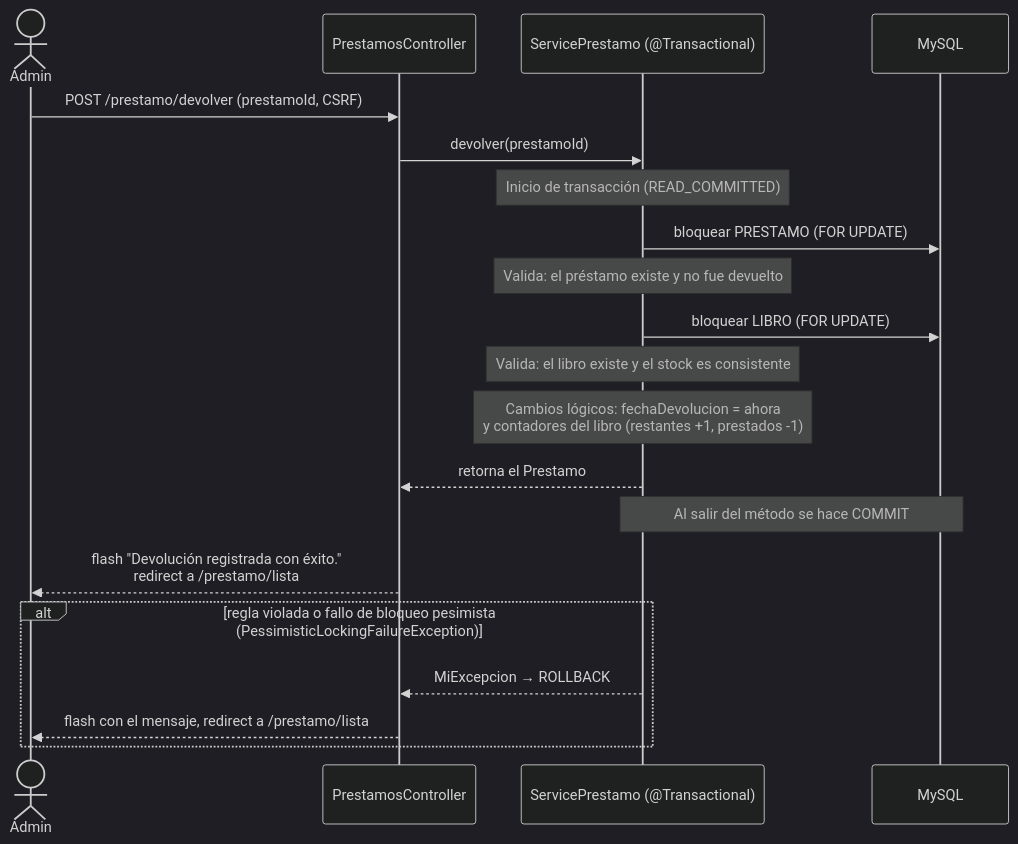
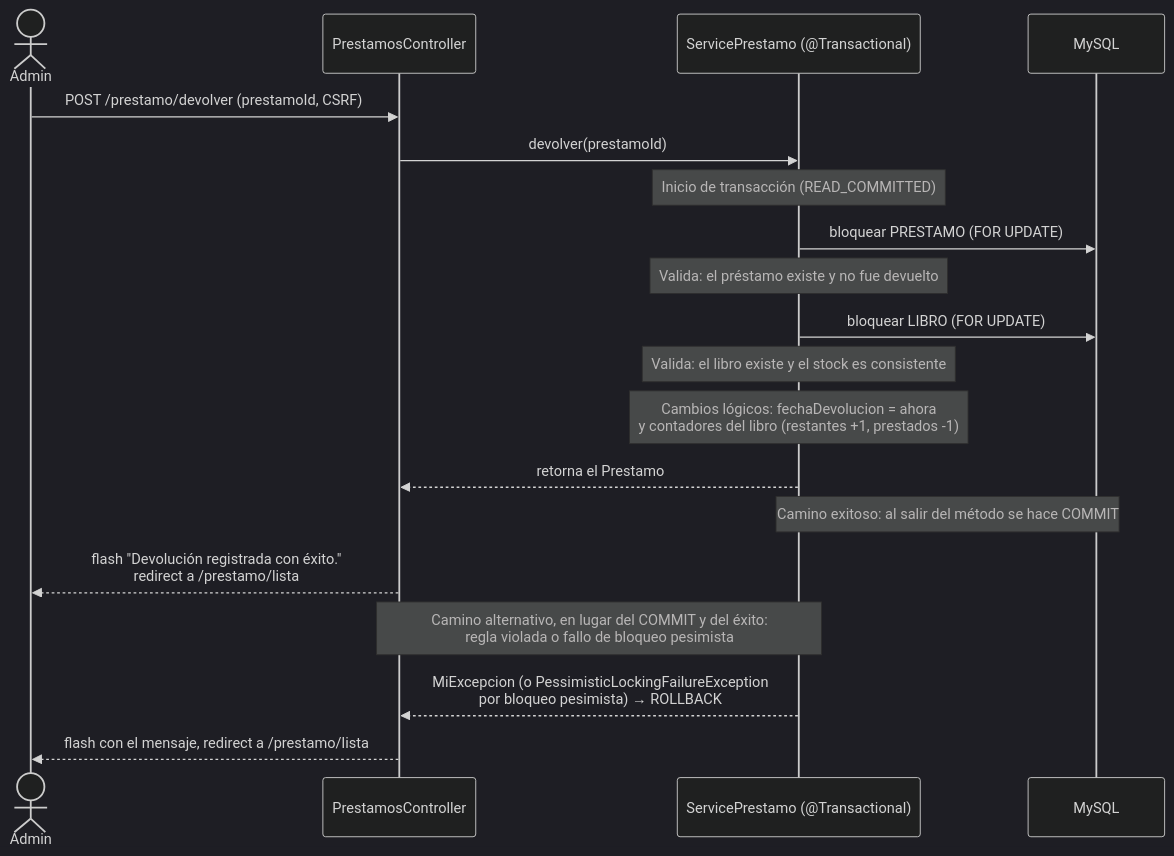
One commit to lautaropavez/el-ceibo changed the fourth of 5 diagrams in docs/diagramas.md. Above: the diagram before and after it, drawn with Mermaid (dark theme). The commit also changed other lines of this file and 15 other files, not shown here.

````diff
--- a/docs/diagramas.md
+++ b/docs/diagramas.md
@@ -136,23 +136,22 @@
 ```mermaid
 sequenceDiagram
     actor A as Admin
     participant C as PrestamosController
     participant S as ServicePrestamo (@Transactional)
     participant DB as MySQL
 
     A->>C: POST /prestamo/devolver (prestamoId, CSRF)
     C->>S: devolver(prestamoId)
     Note over S: Inicio de transacción (READ_COMMITTED)
     S->>DB: bloquear PRESTAMO (FOR UPDATE)
     Note over S: Valida: el préstamo existe y no fue devuelto
     S->>DB: bloquear LIBRO (FOR UPDATE)
     Note over S: Valida: el libro existe y el stock es consistente
     Note over S: Cambios lógicos: fechaDevolucion = ahora<br/>y contadores del libro (restantes +1, prestados -1)
     S-->>C: retorna el Prestamo
-    Note over S,DB: Al salir del método se hace COMMIT
+    Note over S,DB: Camino exitoso: al salir del método se hace COMMIT
     C-->>A: flash "Devolución registrada con éxito."<br/>redirect a /prestamo/lista
-    alt regla violada o fallo de bloqueo pesimista (PessimisticLockingFailureException)
-        S-->>C: MiExcepcion → ROLLBACK
-        C-->>A: flash con el mensaje, redirect a /prestamo/lista
-    end
+    Note over C,S: Camino alternativo, en lugar del COMMIT y del éxito:<br/>regla violada o fallo de bloqueo pesimista
+    S-->>C: MiExcepcion (o PessimisticLockingFailureException<br/>por bloqueo pesimista) → ROLLBACK
+    C-->>A: flash con el mensaje, redirect a /prestamo/lista
 ```
````
